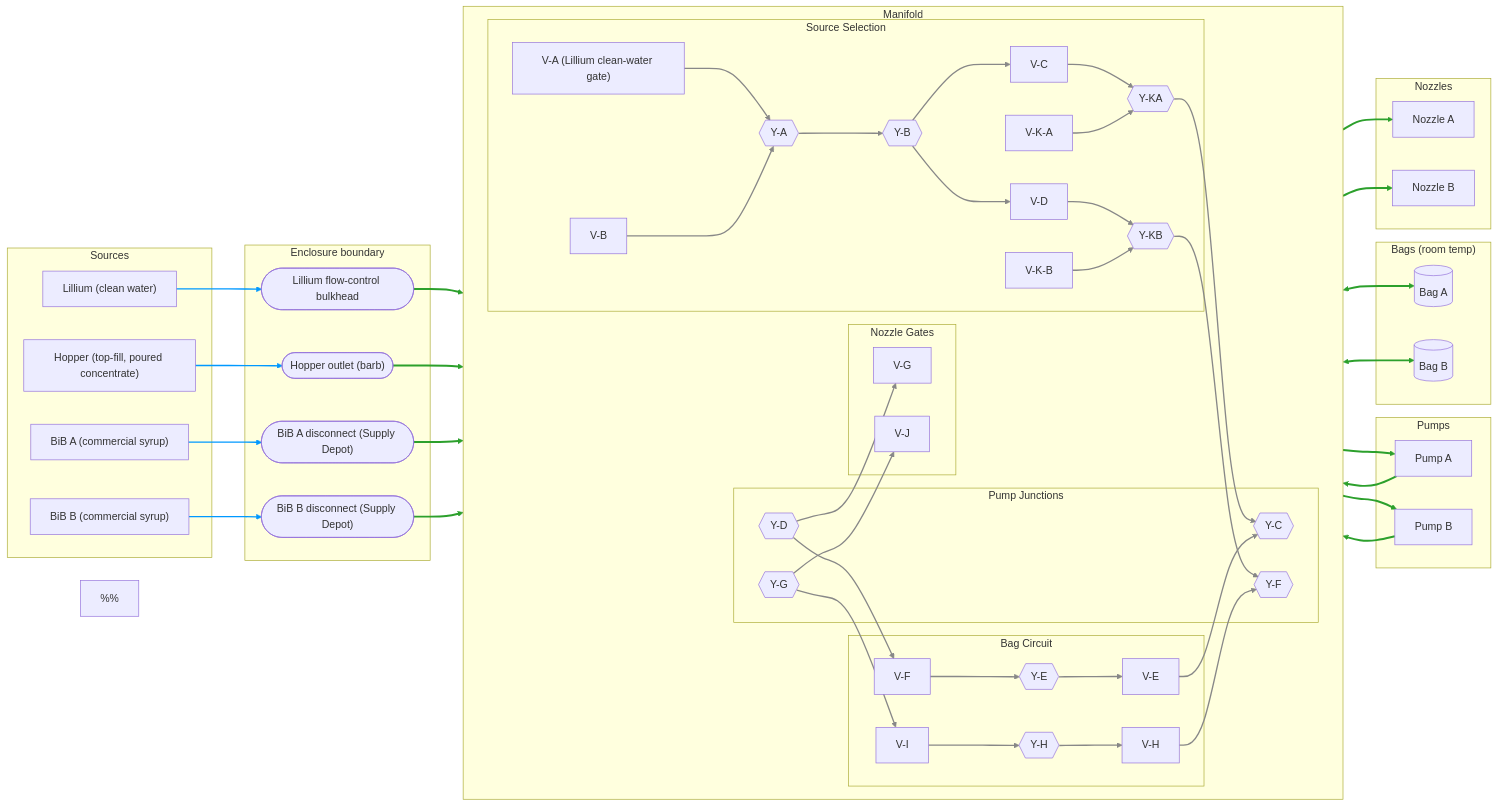
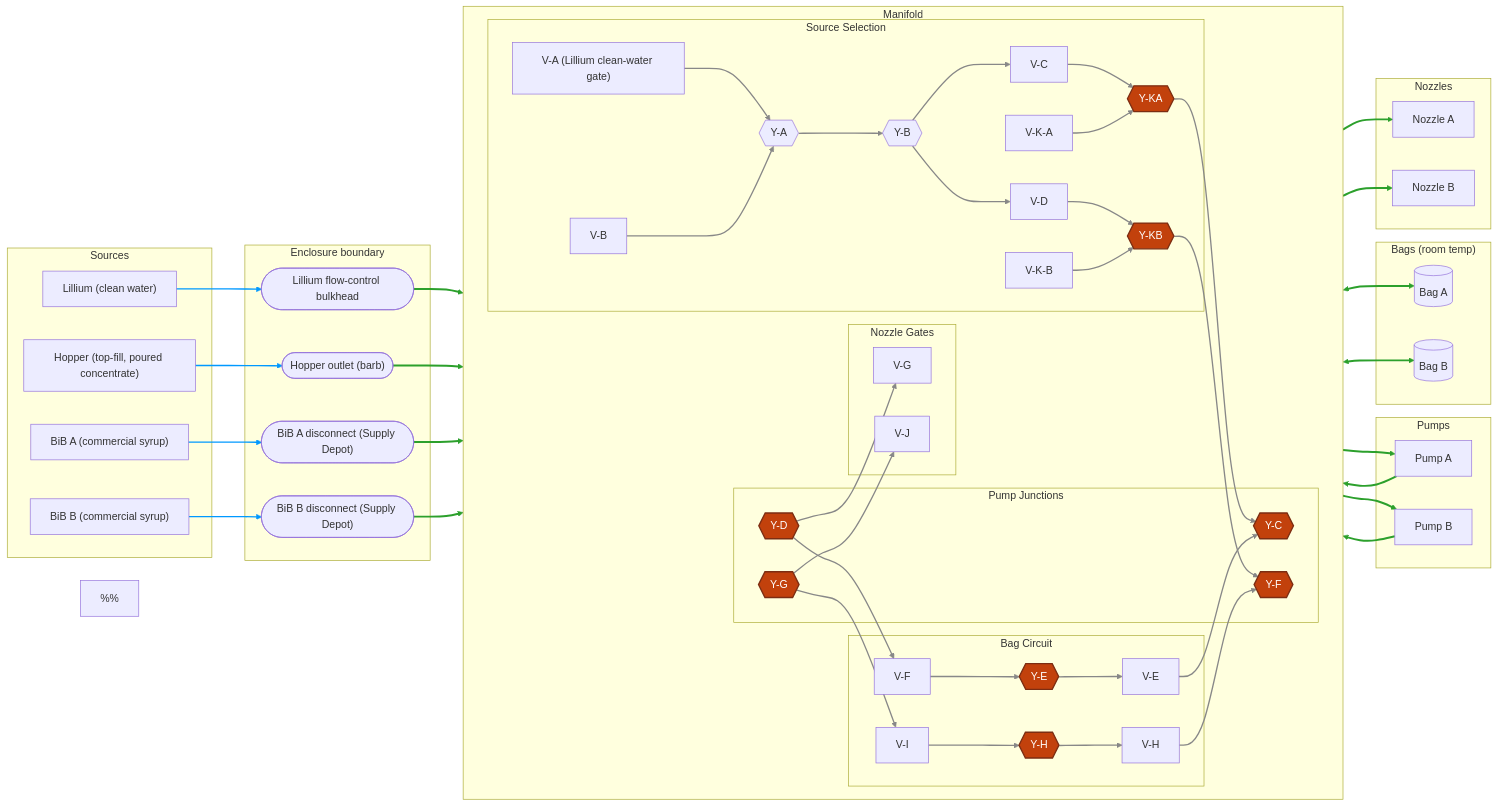
The diagram in pie-in-the-sky/lite/fluid-topology-manifold.mmd (derekbreden/homesodamachine), drawn with Mermaid before and after one commit. The commit also changed 9 other files, not shown here.

First line of the commit message:
manifold: commit PP0208E Tees — log FWS order, propagate Y→Tee

```diff
--- a/pie-in-the-sky/lite/fluid-topology-manifold.mmd
+++ b/pie-in-the-sky/lite/fluid-topology-manifold.mmd
@@ -1,172 +1,178 @@
 flowchart LR
 
   %% =====================================================================
   %% Lite Edition — Flavor Manifold
   %% Pie-in-the-sky, not roadmap.
   %%
   %% Fork of the integrated manifold (/hardware/topology/fluid-topology-manifold.mmd
   %% and /hardware/topology/fluid-topology.md). Same valve set; the Lite differs in:
   %%   - No chill: the bag is a room-temperature reservoir, not a chilled buffer.
   %%   - V-A is fed from the customer's Lillium water outlet through a wall-mounted
   %%     adjustable flow-control valve (neoFit ABCVU44-E) throttled down so the
   %%     manifold runs at its low (<10 PSI) working pressure -- the kitchen's
   %%     flow-regulator role.
   %%   - Hopper is a TOP-FILL POUR opening (printed enclosure part), not a tube port:
   %%     concentrate is poured in and routed through the manifold to fill the bags.
   %%   - BiB is the COMMERCIAL-SYRUP input -- a bag-in-box disconnect, one per channel
   %%     (two distinct syrups). It dispenses DIRECT: BiB -> pump -> nozzle, no bag
   %%     pre-load (an operations change: open the nozzle gate, not the bag-fill gate).
   %%     Same edges as the integrated build.
   %%
   %% Edge color = tube material:
   %%   green = clear NSF-51 PVC — the runs the user reads through the transparent
   %%           enclosure (nozzle lines, bag runs, pump loops) AND the long clear
   %%           tube from each enclosure-wall port to its manifold valve
   %%   grey  = JG push-to-connect on LLDPE — hidden manifold routing
   %%   blue  = external source side at the enclosure boundary, up to its port. The
   %%           mechanism varies: Lillium is the customer's push-connect water line
   %%           into the flow-control bulkhead; each BiB is a commercial syrup bag on a
   %%           Supply Depot disconnect; the Hopper is a manual top-fill pour. Past the
   %%           boundary the run becomes green (clear PVC) on the way to the manifold
   %% Clear runs join the PTC manifold with a neoFit stem-barb (ATBC44-E, 1/4" stem
   %% x 1/4" barb): the stem pushes into each valve / Y port -- and into the Lillium
   %% flow-control bulkhead's inner port -- and the soft PVC rides the barb.
   %%
   %% Candidate parts: PVCA-0406 clear PVC (1/4" ID x 3/8" OD, NSF-51) on the green runs;
   %% black 1/4" OD LLDPE (neoFlo LLDPE4-BLACK) on the grey internal hops; neoFit ATBC44-E
-  %% stem-barb (1/4" stem x 1/4" barb) at each takeoff; JG PP2308E two-way dividers (Y);
+  %% stem-barb (1/4" stem x 1/4" barb) at each takeoff; JG PP2308E Y-dividers (Y-A/B)
+  %% + JG PP0208E union tees (the other 8 junctions);
   %% Beduan 1/4" PTC valves; neoFit ABCVU44-E flow-control bulkhead on the Lillium feed.
   %% Hopper is a printed top-fill opening; each BiB is a Supply Depot commercial-syrup
   %% disconnect stepped 3/8->1/4 to clear PVC (one per channel).
   %% Open: pump loops are clear only if the pump is visible.
   %% =====================================================================
 
   subgraph Sources["Sources"]
     Lillium["Lillium (clean water)"]
     Hopper["Hopper (top-fill, poured concentrate)"]
     BiBA["BiB A (commercial syrup)"]
     BiBB["BiB B (commercial syrup)"]
   end
 
   subgraph EnclosureWall["Enclosure boundary"]
     PortLillium(["Lillium flow-control bulkhead"])
     PortHopper(["Hopper outlet (barb)"])
     PortBiBA(["BiB A disconnect (Supply Depot)"])
     PortBiBB(["BiB B disconnect (Supply Depot)"])
   end
 
   subgraph Pumps["Pumps"]
     PA["Pump A"]
     PB["Pump B"]
   end
 
   subgraph Bags["Bags (room temp)"]
     BagA[("Bag A")]
     BagB[("Bag B")]
   end
 
   subgraph Nozzles["Nozzles"]
     NozzleA["Nozzle A"]
     NozzleB["Nozzle B"]
   end
 
   subgraph Manifold["Manifold"]
     direction LR
 
     subgraph SourceSelection["Source Selection"]
       VA["V-A (Lillium clean-water gate)"]
       VB["V-B"]
       YA{{"Y-A"}}
       YB{{"Y-B"}}
       VC["V-C"]
       VD["V-D"]
       VKA["V-K-A"]
       VKB["V-K-B"]
       YKA{{"Y-KA"}}
       YKB{{"Y-KB"}}
     end
 
     subgraph MfPumps["Pump Junctions"]
       YC{{"Y-C"}}
       YD{{"Y-D"}}
       YF{{"Y-F"}}
       YG{{"Y-G"}}
     end
 
     subgraph MfNozzles["Nozzle Gates"]
       VG["V-G"]
       VJ["V-J"]
     end
 
     subgraph MfBags["Bag Circuit"]
       VE["V-E"]
       YE{{"Y-E"}}
       VF["V-F"]
       VH["V-H"]
       YH{{"Y-H"}}
       VI["V-I"]
     end
 
     %% manifold-internal edges (PTC, grey) — indices 0-16
     VA --> YA
     VB --> YA
     YA --> YB
     YB --> VC
     YB --> VD
     VC --> YKA
     VKA --> YKA
     VD --> YKB
     VKB --> YKB
     YKA --> YC
     YKB --> YF
     YD --> VG
     YD --> VF
     YG --> VJ
     YG --> VI
     VE --> YC
     VH --> YF
 
     %% bag-circuit legs: each valve to its bag Y-junction, hidden PTC routing
     %% (grey) — indices 17-20. (Only the Y-junction-to-bag run is clear.)
     VF --> YE
     YE --> VE
     VI --> YH
     YH --> VH
   end
 
   %% Each source meets the enclosure boundary at its port (blue) — indices
   %% 21,23,25,27 — by its own mechanism (Lillium push-connect line, BiB commercial-bag
   %% disconnect, Hopper top-fill pour). Past the boundary the run becomes a clear PVC
   %% tube on to its manifold valve (green) — indices 22,24,26,28.
   Lillium --> PortLillium
   PortLillium --> VA
   Hopper --> PortHopper
   PortHopper --> VB
   BiBA --> PortBiBA
   PortBiBA --> VKA
   BiBB --> PortBiBB
   PortBiBB --> VKB
 
   %% pump loops (clear PVC, optional) — indices 29-32
   YC --> PA
   PA --> YD
   YF --> PB
   PB --> YG
 
   %% bag runs (clear PVC) — indices 33-34
   YE <--> BagA
   YH <--> BagB
 
   %% nozzle lines (clear PVC) — indices 35-36
   VG --> NozzleA
   VJ --> NozzleB
 
   %% =========================
   %% Edge styling (tube material)
   %% =========================
   %% PTC on LLDPE — hidden manifold routing
   linkStyle 0,1,2,3,4,5,6,7,8,9,10,11,12,13,14,15,16,17,18,19,20 stroke:#888,stroke-width:2px
   %% Clear NSF-51 PVC — visible runs + each wall-port-to-valve clear run
   linkStyle 22,24,26,28,29,30,31,32,33,34,35,36 stroke:#2ca02c,stroke-width:3px
   %% Customer push-connect — external stub from each source to its enclosure-wall port
   linkStyle 21,23,25,27 stroke:#09f,stroke-width:2px
+
+  %% Junction geometry: Y-A/Y-B are PP2308E Y-dividers; the other eight are
+  %% PP0208E Tees. Orange = Tee.
+  classDef tee fill:#c2410c,stroke:#7c2d12,color:#ffffff,stroke-width:2px;
+  class YC,YD,YE,YF,YG,YH,YKA,YKB tee;
```
